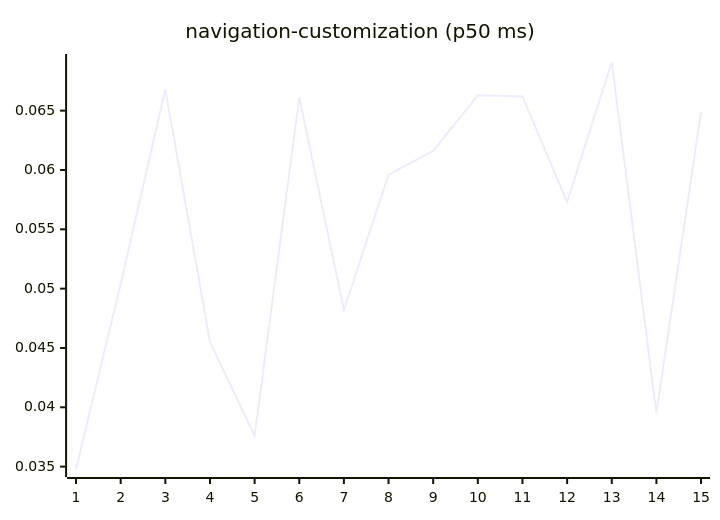
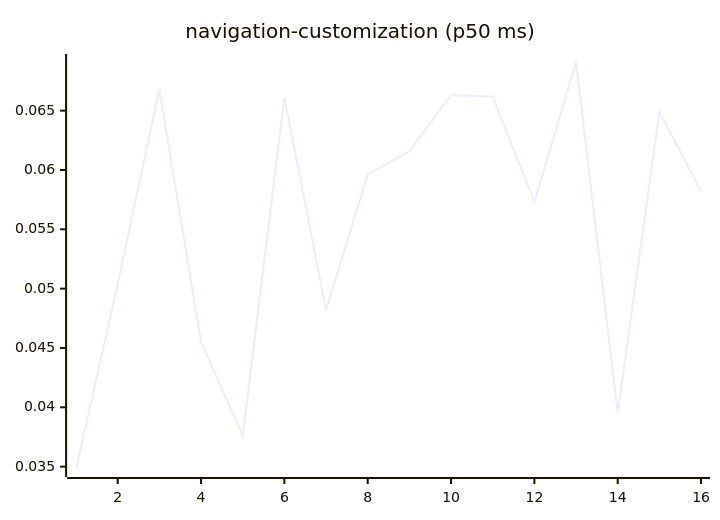
One commit to josha/Facet changed diagram 15 of 27 in README.md. Above: the diagram before and after it, drawn with Mermaid. The commit also changed other lines of this file and 2 other files, not shown here.

````diff
--- a/README.md
+++ b/README.md
@@ -161,6 +161,6 @@
 ```mermaid
 xychart-beta
     title "navigation-customization (p50 ms)"
-    x-axis 1 --> 15
-    line [0.0348, 0.0504, 0.0668, 0.0455, 0.0376, 0.0661, 0.0482, 0.0596, 0.0616, 0.0663, 0.0662, 0.0573, 0.0691, 0.0395, 0.0649]
+    x-axis 1 --> 16
+    line [0.0348, 0.0504, 0.0668, 0.0455, 0.0376, 0.0661, 0.0482, 0.0596, 0.0616, 0.0663, 0.0662, 0.0573, 0.0691, 0.0395, 0.0649, 0.0582]
 ```
````
